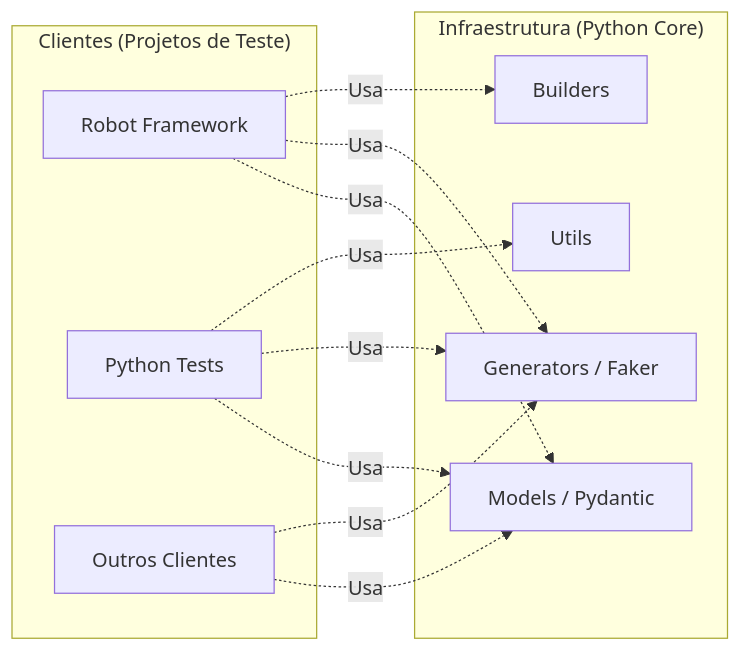
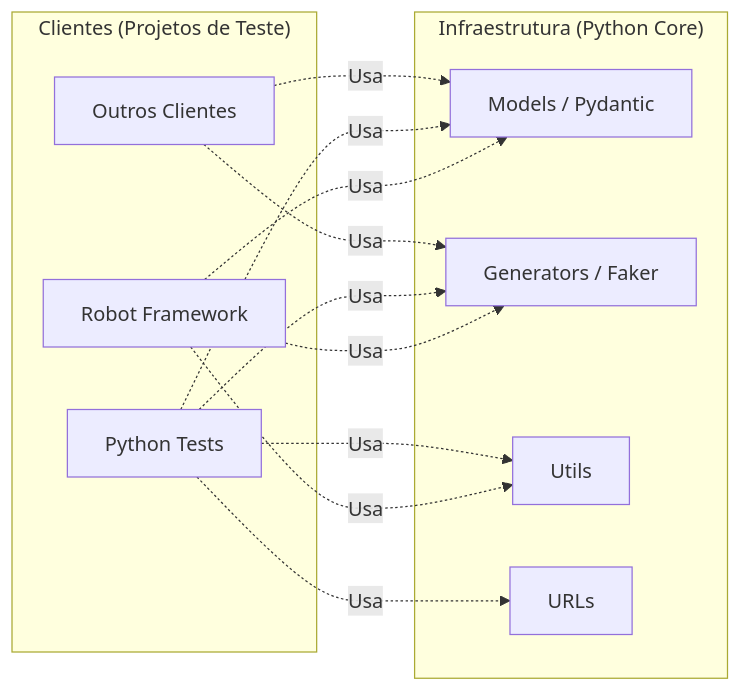
The diagram in README.md (rftrombeta/sdet-python-automation-core), drawn with Mermaid before and after one commit. The commit also changed other lines of this file and 14 other files, not shown here.

````diff
--- a/README.md
+++ b/README.md
@@ -14,24 +14,25 @@
 ```mermaid
 graph LR
     subgraph "Infraestrutura (Python Core)"
         A[Models / Pydantic]
         B[Generators / Faker]
-        C[Builders]
         D[Utils]
+        E[URLs]
     end
 
     subgraph "Clientes (Projetos de Teste)"
-        E[Robot Framework]
-        F[Python Tests]
-        G[Outros Clientes]
+        F[Robot Framework]
+        G[Python Tests]
+        H[Outros Clientes]
     end
 
-    E -.->|Usa| A
-    E -.->|Usa| B
-    E -.->|Usa| C
     F -.->|Usa| A
     F -.->|Usa| B
     F -.->|Usa| D
     G -.->|Usa| A
     G -.->|Usa| B
+    G -.->|Usa| D
+    G -.->|Usa| E
+    H -.->|Usa| A
+    H -.->|Usa| B
 ```
````
